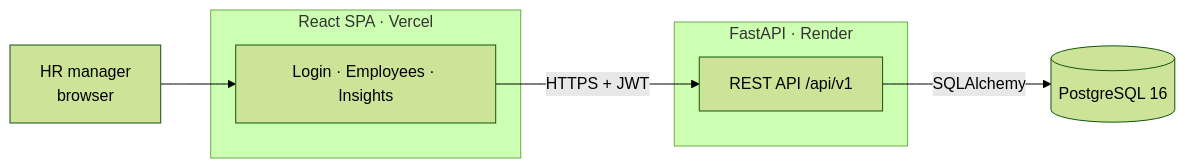
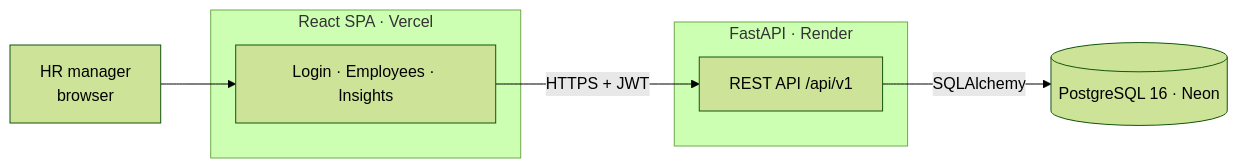
The first of 2 diagrams in docs/design.md (akdgamer/employee-salary-management), drawn with Mermaid (forest theme) before and after one commit. The commit also changed 9 other files, not shown here.

````diff
--- a/docs/design.md
+++ b/docs/design.md
@@ -7,15 +7,15 @@
 ```mermaid
 flowchart LR
     HR[HR manager<br/>browser]
     subgraph Frontend [React SPA · Vercel]
         UI[Login · Employees · Insights]
     end
     subgraph Backend [FastAPI · Render]
         API[REST API /api/v1]
     end
-    DB[(PostgreSQL 16)]
+    DB[(PostgreSQL 16 · Neon)]
 
     HR --> UI
     UI -- "HTTPS + JWT" --> API
     API -- "SQLAlchemy" --> DB
 ```
````
